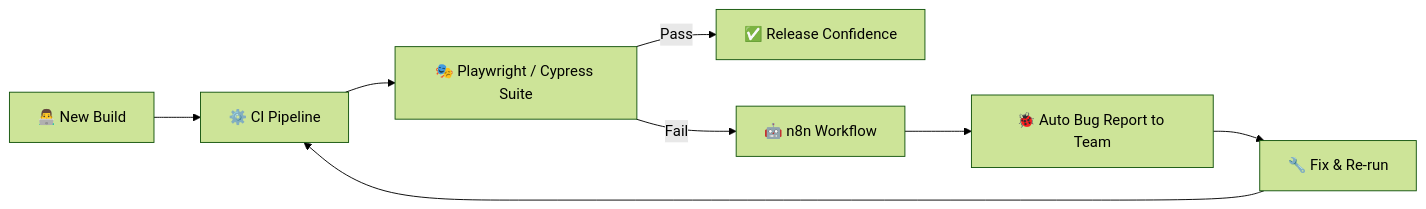
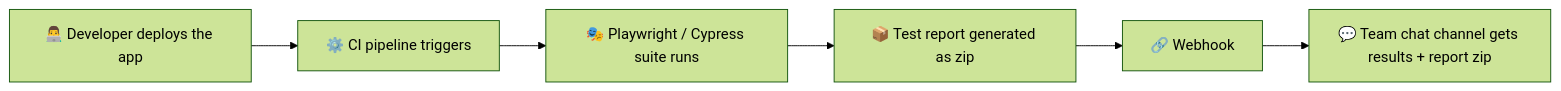
One commit to RushanthanGunalan/RushanthanGunalan changed the first of 2 diagrams in README.md. Above: the diagram before and after it, drawn with Mermaid (forest theme). The commit also changed other lines of this file, not shown here.

````diff
--- a/README.md
+++ b/README.md
@@ -88,10 +90,8 @@
 ```mermaid
 flowchart LR
-    A[👨‍💻 New Build] --> B[⚙️ CI Pipeline]
-    B --> C[🎭 Playwright / Cypress Suite]
-    C -->|Pass| D[✅ Release Confidence]
-    C -->|Fail| E[🤖 n8n Workflow]
-    E --> F[🐞 Auto Bug Report to Team]
-    F --> G[🔧 Fix & Re-run]
-    G --> B
+    A["👨‍💻 Developer deploys the app"] --> B["⚙️ CI pipeline triggers"]
+    B --> C["🎭 Playwright / Cypress suite runs"]
+    C --> D["📦 Test report generated as zip"]
+    D --> E["🔗 Webhook"]
+    E --> F["💬 Team chat channel gets results + report zip"]
 ```
````
